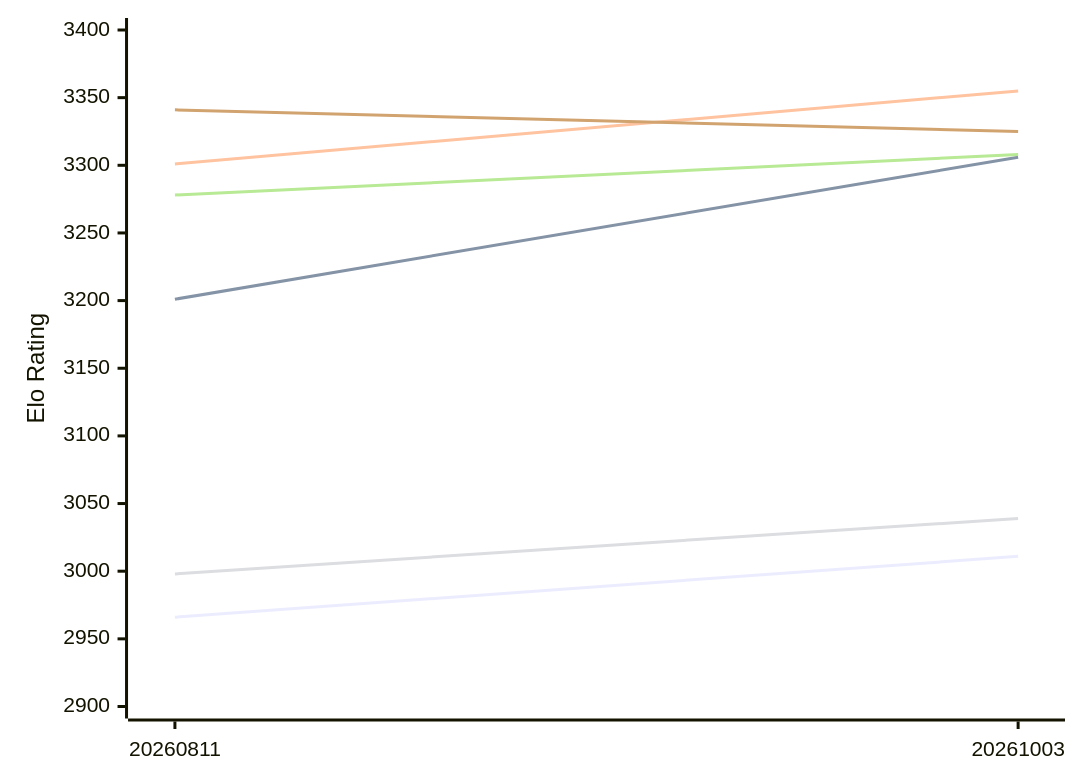
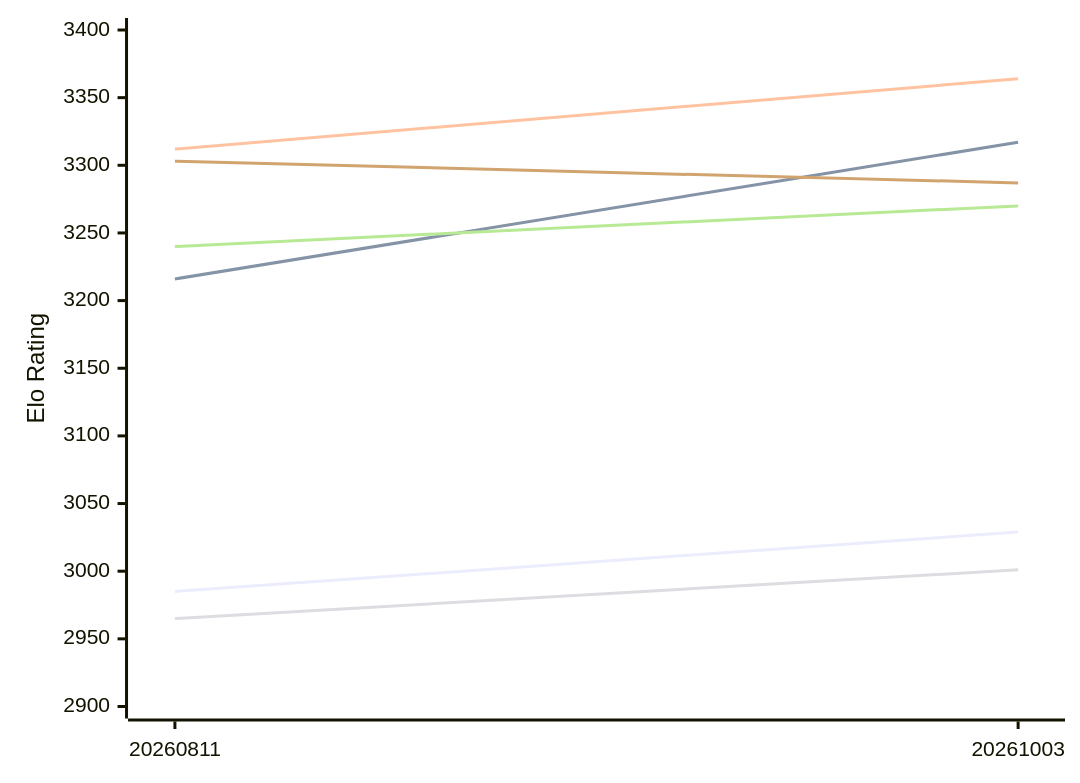
Before and after one commit to computer-chess-index/cci: the first of 2 diagrams in engines/Askaig.md, drawn with Mermaid. The commit also changed other lines of this file, not shown here.

Commit message:
Update CCI Ratings (ELO VLTC) - 2026-11-14

````diff
--- a/engines/Askaig.md
+++ b/engines/Askaig.md
@@ -52,12 +52,12 @@
 ```mermaid
 %%{init: {"theme":"base","themeVariables":{"seriesColors:['#a3a3a3','#222221','#faa371']}}}%%
 xychart-beta
   x-axis ["20260811", "20261003"]
   y-axis "Elo Rating" 2900 --> 3400
-  line "E1: STC (8.0+0.08s)" [2966, 3011]
-  line "E1: LTC (60.0+0.60s)" [3201, 3306]
-  line "E1: VLTC (2m24s+1.12s)" [3301, 3355]
-  line "P1: STC (8.0+0.08s)" [2998, 3039]
-  line "P1: LTC (60.0+0.60s)" [3278, 3308]
-  line "P1: VLTC (2m24s+1.12s)" [3341, 3325]
+  line "E1: STC (8.0+0.08s)" [2985, 3029]
+  line "E1: LTC (60.0+0.60s)" [3216, 3317]
+  line "E1: VLTC (2m24s+1.12s)" [3312, 3364]
+  line "P1: STC (8.0+0.08s)" [2965, 3001]
+  line "P1: LTC (60.0+0.60s)" [3240, 3270]
+  line "P1: VLTC (2m24s+1.12s)" [3303, 3287]
 ```
````
